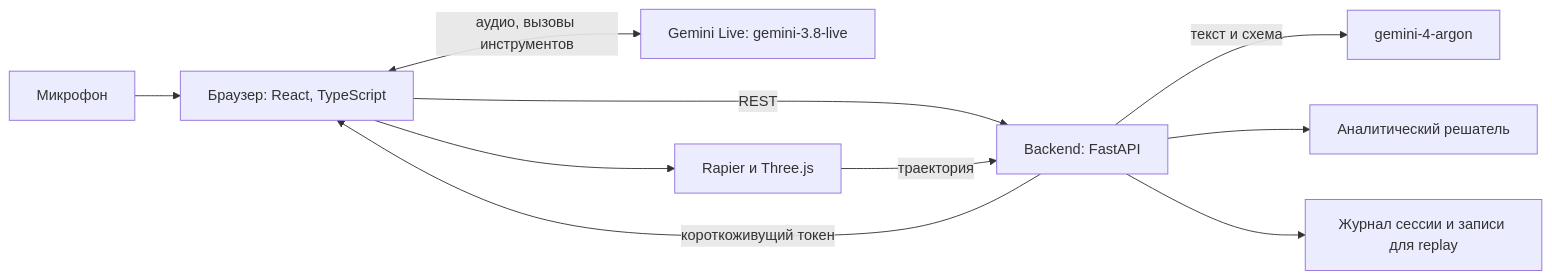
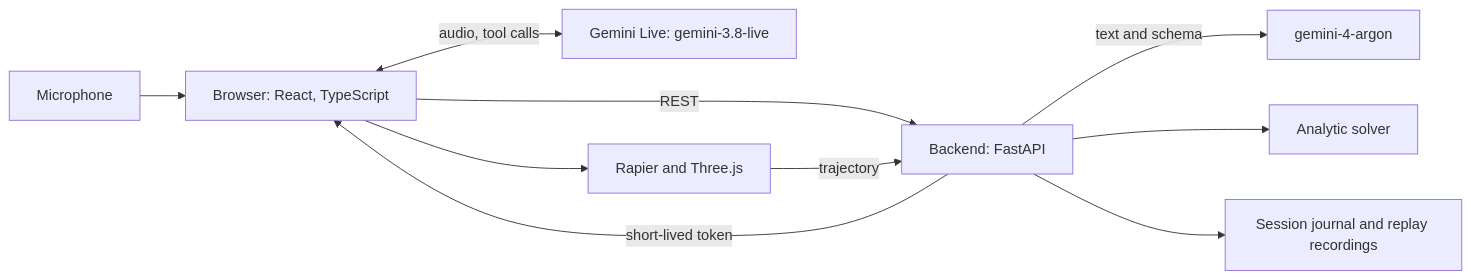
The diagram in docs/ARCHITECTURE.md (cprite/chalk), drawn with Mermaid before and after one commit. The commit also changed other lines of this file and 4 other files, not shown here.

````diff
--- a/docs/ARCHITECTURE.md
+++ b/docs/ARCHITECTURE.md
@@ -15,12 +17,12 @@
 ```mermaid
 flowchart LR
-  U[Микрофон] --> FE[Браузер: React, TypeScript]
-  FE <-->|аудио, вызовы инструментов| LIVE[Gemini Live: gemini-3.8-live]
+  U[Microphone] --> FE[Browser: React, TypeScript]
+  FE <-->|audio, tool calls| LIVE[Gemini Live: gemini-3.8-live]
   FE -->|REST| API[Backend: FastAPI]
-  API -->|короткоживущий токен| FE
-  API -->|текст и схема| ARGON[gemini-4-argon]
-  API --> SOLVER[Аналитический решатель]
-  FE --> SIM[Rapier и Three.js]
-  SIM -->|траектория| API
-  API --> TRACE[Журнал сессии и записи для replay]
+  API -->|short-lived token| FE
+  API -->|text and schema| ARGON[gemini-4-argon]
+  API --> SOLVER[Analytic solver]
+  FE --> SIM[Rapier and Three.js]
+  SIM -->|trajectory| API
+  API --> TRACE[Session journal and replay recordings]
 ```
````
